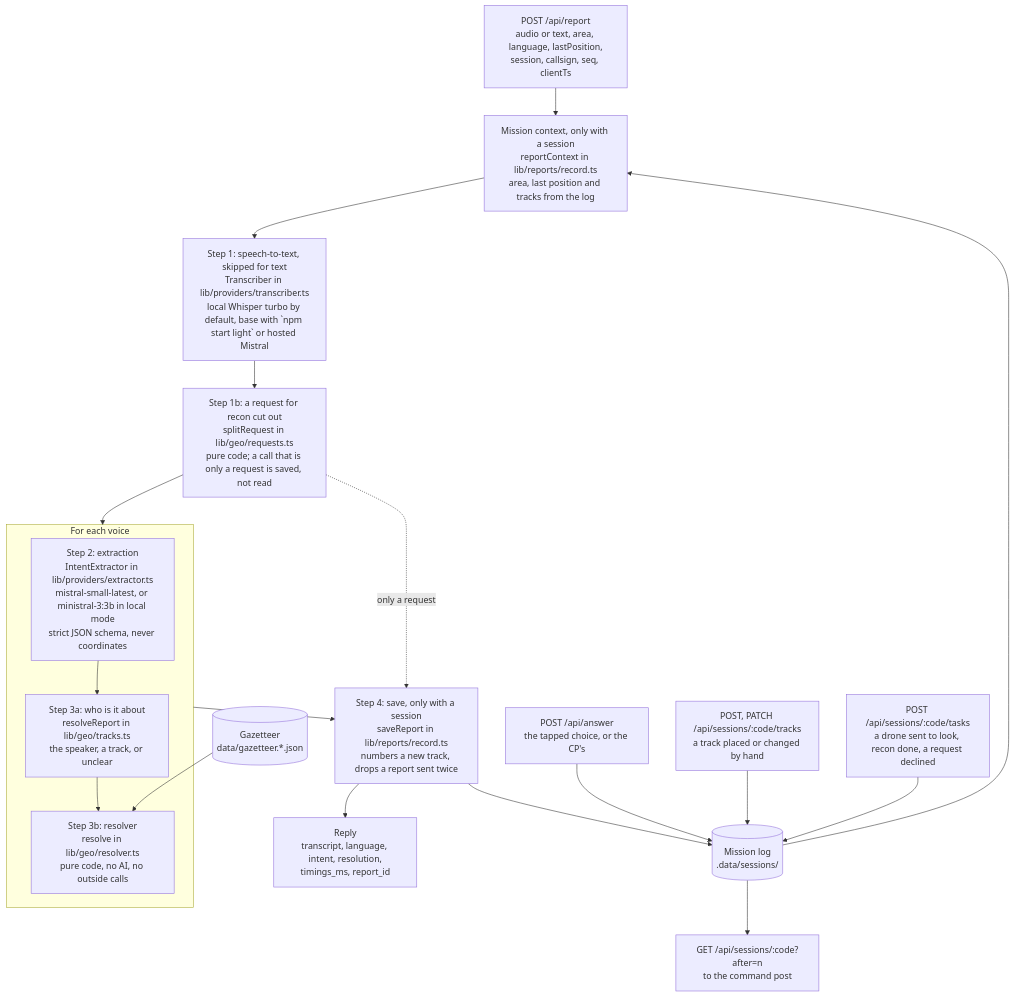
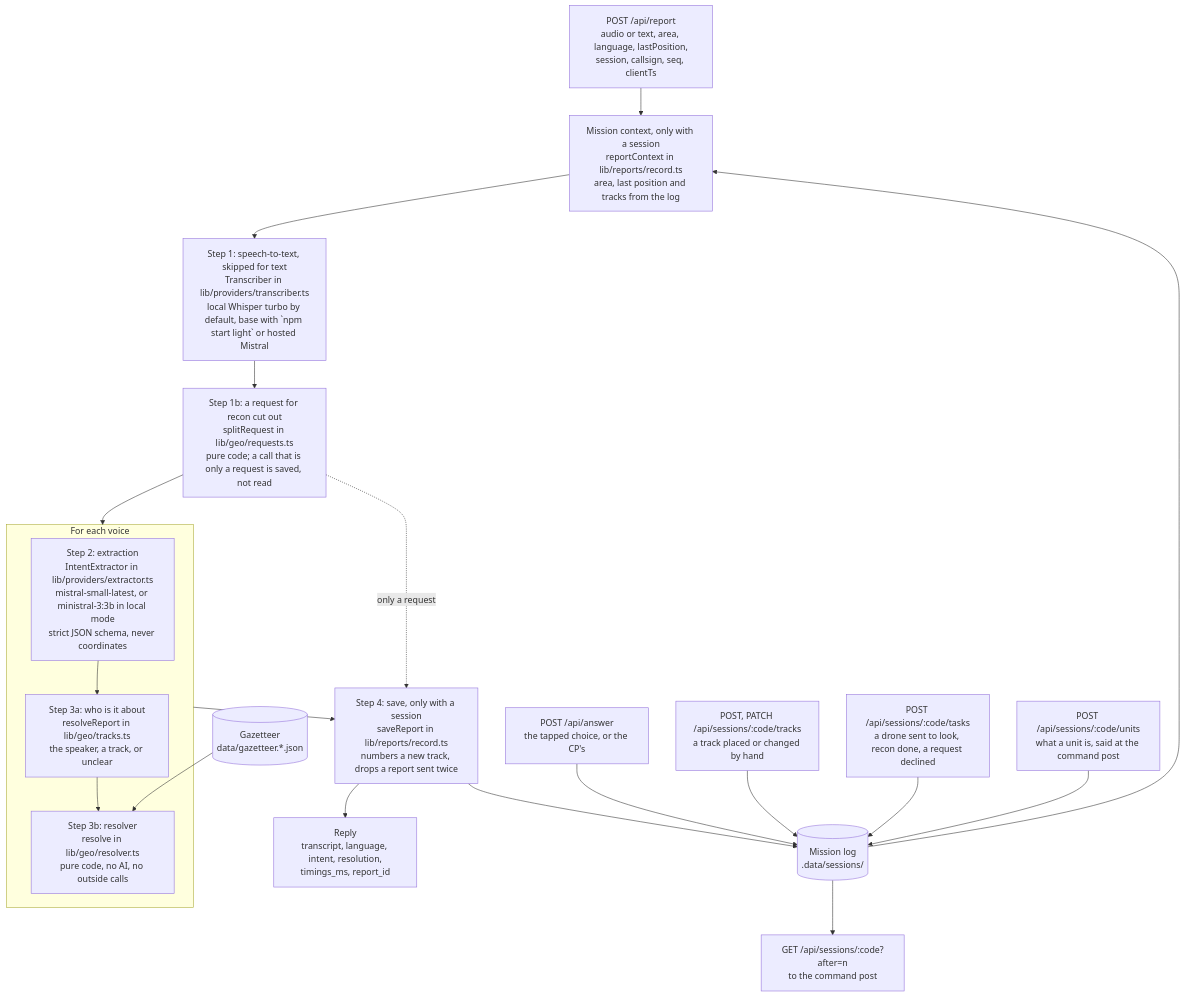
One commit to adam2765/edth-hackathon changed the second of 4 diagrams in docs/architecture.md. Above: the diagram before and after it, drawn with Mermaid. The commit also changed other lines of this file and 17 other files, not shown here.

````diff
--- a/docs/architecture.md
+++ b/docs/architecture.md
@@ -77,31 +77,33 @@
 ```mermaid
 flowchart TB
     IN["POST /api/report<br/>audio or text, area, language, lastPosition,<br/>session, callsign, seq, clientTs"]
     CTX["Mission context, only with a session<br/>reportContext in lib/reports/record.ts<br/>area, last position and tracks from the log"]
     STT["Step 1: speech-to-text, skipped for text<br/>Transcriber in lib/providers/transcriber.ts<br/>local Whisper turbo by default, base with `npm start light` or hosted Mistral"]
     REQ["Step 1b: a request for recon cut out<br/>splitRequest in lib/geo/requests.ts<br/>pure code; a call that is only a request is saved, not read"]
     subgraph VOICES["For each voice"]
         EXT["Step 2: extraction<br/>IntentExtractor in lib/providers/extractor.ts<br/>mistral-small-latest, or ministral-3:3b in local mode<br/>strict JSON schema, never coordinates"]
         SUB["Step 3a: who is it about<br/>resolveReport in lib/geo/tracks.ts<br/>the speaker, a track, or unclear"]
         RES["Step 3b: resolver<br/>resolve in lib/geo/resolver.ts<br/>pure code, no AI, no outside calls"]
         EXT --> SUB --> RES
     end
     GAZ[("Gazetteer<br/>data/gazetteer.*.json")]
     SAVE["Step 4: save, only with a session<br/>saveReport in lib/reports/record.ts<br/>numbers a new track, drops a report sent twice"]
     OUT["Reply<br/>transcript, language, intent, resolution,<br/>timings_ms, report_id"]
     LOG[("Mission log<br/>.data/sessions/")]
     ANS["POST /api/answer<br/>the tapped choice, or the CP's"]
     PLOT["POST, PATCH /api/sessions/:code/tracks<br/>a track placed or changed by hand"]
     TASK["POST /api/sessions/:code/tasks<br/>a drone sent to look, recon done, a request declined"]
+    UNIT["POST /api/sessions/:code/units<br/>what a unit is, said at the command post"]
     READ["GET /api/sessions/:code?after=n<br/>to the command post"]
 
     IN --> CTX --> STT --> REQ --> VOICES --> SAVE --> OUT
     REQ -. "only a request" .-> SAVE
     GAZ --> RES
     LOG --> CTX
     SAVE --> LOG
     ANS --> LOG
     PLOT --> LOG
     TASK --> LOG
+    UNIT --> LOG
     LOG --> READ
 ```
````
